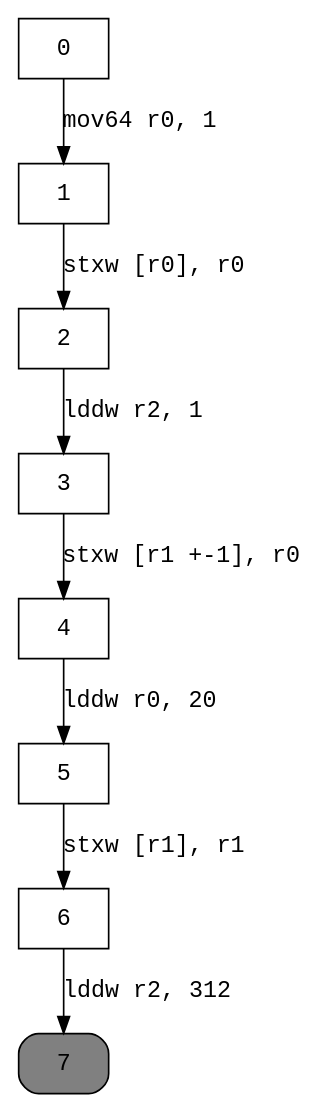
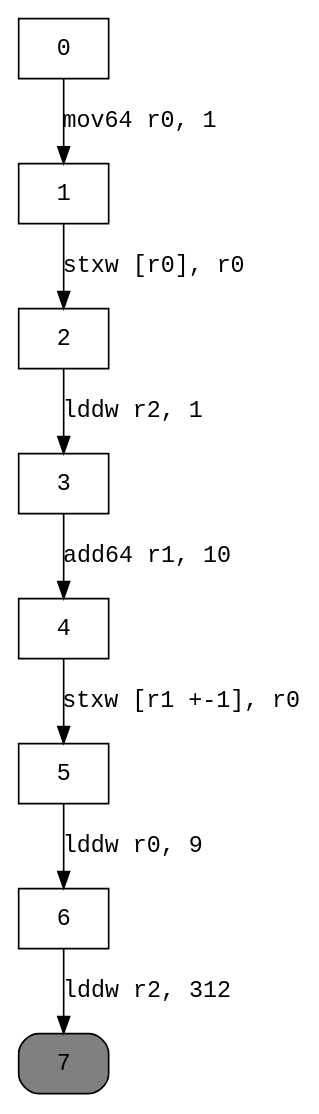
The diagram in examples/graphs/loadFromImm.dot (XicoCorreia/Information-Flow-Analysis-Thesis), drawn with Graphviz before and after one commit. The commit also changed 13 other files, not shown here.

```diff
--- a/examples/graphs/loadFromImm.dot
+++ b/examples/graphs/loadFromImm.dot
@@ -1,13 +1,13 @@
 digraph cfg { 
 node [fontname="monospace"];
 node [shape=box];
 edge [fontname="monospace"];
   0 -> 1 [label="mov64 r0, 1"];
   1 -> 2 [label="stxw [r0], r0"];
   2 -> 3 [label="lddw r2, 1"];
-  3 -> 4 [label="stxw [r1 +-1], r0"];
-  4 -> 5 [label="lddw r0, 20"];
-  5 -> 6 [label="stxw [r1], r1"];
+  3 -> 4 [label="add64 r1, 10"];
+  4 -> 5 [label="stxw [r1 +-1], r0"];
+  5 -> 6 [label="lddw r0, 9"];
   6 -> 7 [label="lddw r2, 312"];
 7 [style="rounded,filled",fillcolor=grey];
 }
```
